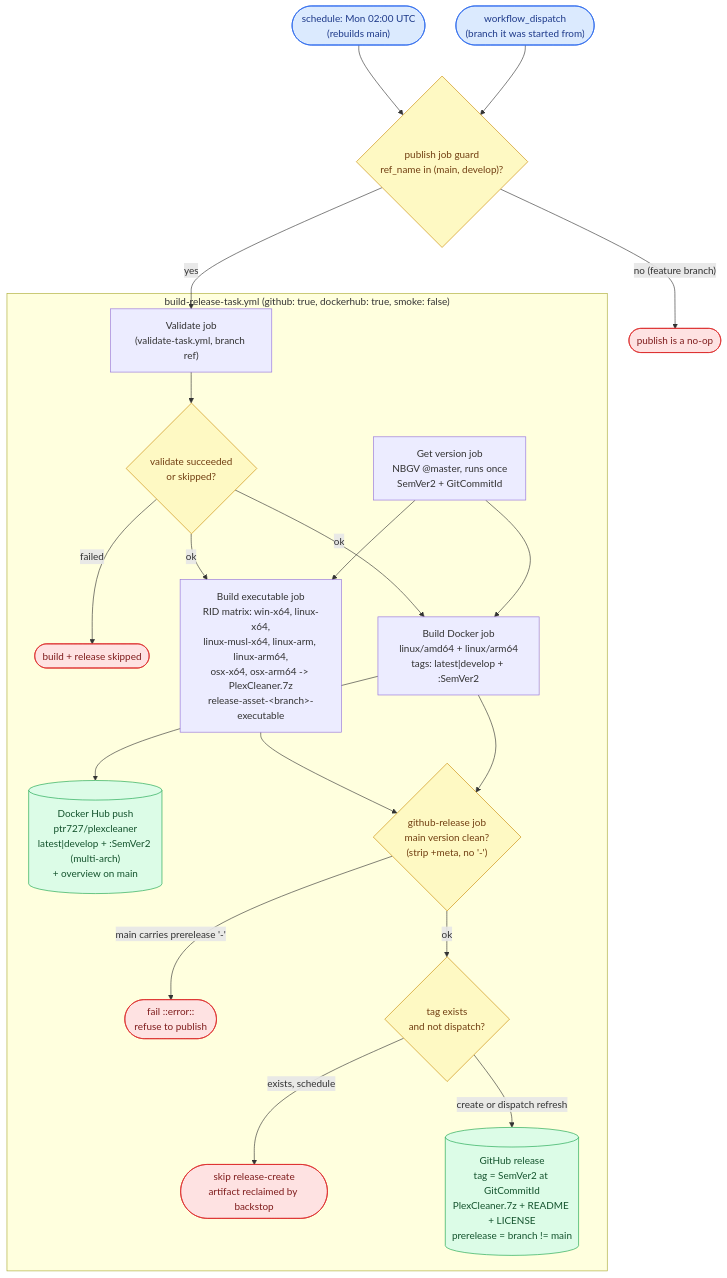
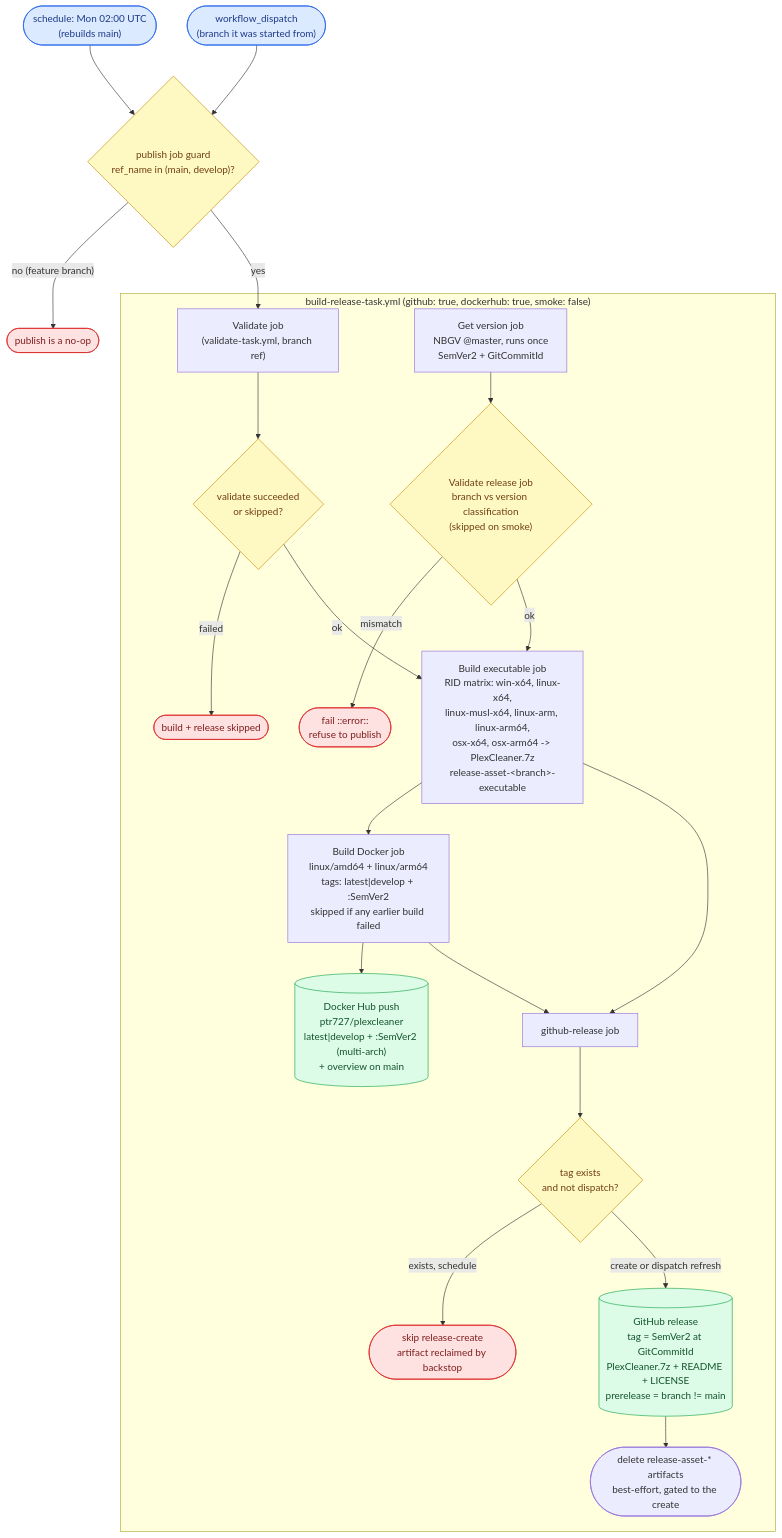
Before and after one commit to ptr727/PlexCleaner: the second of 3 diagrams in WORKFLOW.md, drawn with Mermaid. The commit also changed other lines of this file and 2 other files, not shown here.

First line of the commit message:
Re-vendor the release task with the validate-release entry gate

````diff
--- a/WORKFLOW.md
+++ b/WORKFLOW.md
@@ -219,31 +222,31 @@
 ```mermaid
 flowchart TD
     SCH(["schedule: Mon 02:00 UTC<br/>(rebuilds main)"]):::trig --> PG
     DSP(["workflow_dispatch<br/>(branch it was started from)"]):::trig --> PG
     PG{"publish job guard<br/>ref_name in (main, develop)?"}:::gate
     PG -- "no (feature branch)" --> PSKIP(["publish is a no-op"]):::stop
     PG -- "yes" --> VAL
     subgraph BRT ["build-release-task.yml (github: true, dockerhub: true, smoke: false)"]
         VAL["Validate job<br/>(validate-task.yml, branch ref)"] --> VG{"validate succeeded<br/>or skipped?"}:::gate
         VG -- "failed" --> VFAIL(["build + release skipped"]):::stop
         GV["Get version job<br/>NBGV @master, runs once<br/>SemVer2 + GitCommitId"]
+        GV --> VR{"Validate release job<br/>branch vs version classification<br/>(skipped on smoke)"}:::gate
+        VR -- "mismatch" --> VRX(["fail ::error::<br/>refuse to publish"]):::stop
         VG -- "ok" --> BE
-        VG -- "ok" --> BD
-        GV --> BE
-        GV --> BD
+        VR -- "ok" --> BE
         BE["Build executable job<br/>RID matrix: win-x64, linux-x64,<br/>linux-musl-x64, linux-arm, linux-arm64,<br/>osx-x64, osx-arm64 -> PlexCleaner.7z<br/>release-asset-&lt;branch&gt;-executable"]
-        BD["Build Docker job<br/>linux/amd64 + linux/arm64<br/>tags: latest|develop + :SemVer2"]
+        BE --> BD
+        BD["Build Docker job<br/>linux/amd64 + linux/arm64<br/>tags: latest|develop + :SemVer2<br/>skipped if any earlier build failed"]
         BD --> DH[("Docker Hub push<br/>ptr727/plexcleaner<br/>latest|develop + :SemVer2 (multi-arch)<br/>+ overview on main")]:::pub
         BE --> GR
         BD --> GR
-        GR{"github-release job<br/>main version clean?<br/>(strip +meta, no '-')"}:::gate
-        GR -- "main carries prerelease '-'" --> GRX(["fail ::error::<br/>refuse to publish"]):::stop
-        GR -- "ok" --> EX{"tag exists<br/>and not dispatch?"}:::gate
+        GR["github-release job"] --> EX{"tag exists<br/>and not dispatch?"}:::gate
         EX -- "exists, schedule" --> NOP(["skip release-create<br/>artifact reclaimed by backstop"]):::stop
         EX -- "create or dispatch refresh" --> REL[("GitHub release<br/>tag = SemVer2 at GitCommitId<br/>PlexCleaner.7z + README + LICENSE<br/>prerelease = branch != main")]:::pub
+        REL --> CLN(["delete release-asset-* artifacts<br/>best-effort, gated to the create"])
     end
     classDef trig fill:#dbeafe,stroke:#2563eb,color:#1e3a8a
     classDef gate fill:#fef9c3,stroke:#ca8a04,color:#713f12
     classDef pub fill:#dcfce7,stroke:#16a34a,color:#14532d
     classDef stop fill:#fee2e2,stroke:#dc2626,color:#7f1d1d
 ```
````
